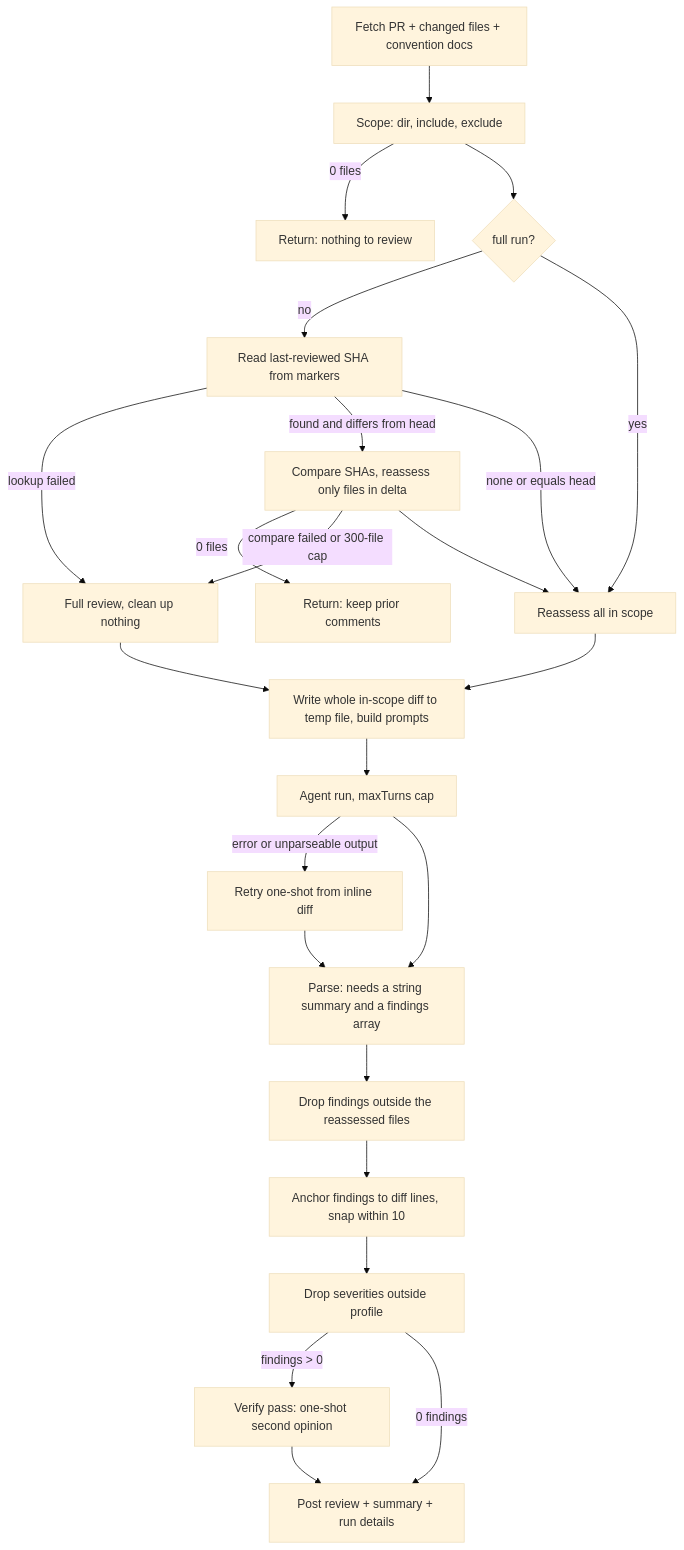
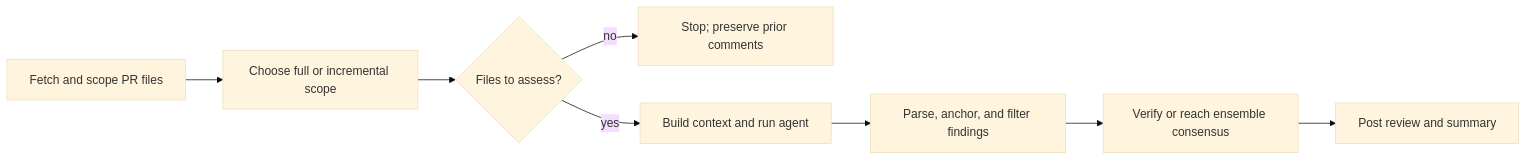
One commit to anish-inf/loupe changed the diagram in docs/how-it-works/review-run.md. Above: the diagram before and after it, drawn with Mermaid (base theme). The commit also changed other lines of this file and 6 other files, not shown here.

First line of the commit message:
docs: update Mermaid diagrams (#28)

````diff
--- a/docs/how-it-works/review-run.md
+++ b/docs/how-it-works/review-run.md
@@ -8,26 +8,10 @@
 ```mermaid
-flowchart TD
-    A[Fetch PR + changed files + convention docs] --> B[Scope: dir, include, exclude]
-    B -->|0 files| Z1[Return: nothing to review]
-    B --> C{full run?}
-    C -->|no| D[Read last-reviewed SHA from markers]
-    D -->|lookup failed| U[Full review, clean up nothing]
-    D -->|found and differs from head| E[Compare SHAs, reassess only files in delta]
-    E -->|0 files| Z2[Return: keep prior comments]
-    E -->|compare failed or 300-file cap| U
-    D -->|none or equals head| F
-    C -->|yes| F[Reassess all in scope]
-    E --> F
-    U --> G
-    F --> G[Write whole in-scope diff to temp file, build prompts]
-    G --> H[Agent run, maxTurns cap]
-    H -->|error or unparseable output| H2[Retry one-shot from inline diff]
-    H --> I[Parse: needs a string summary and a findings array]
-    H2 --> I
-    I --> I2[Drop findings outside the reassessed files]
-    I2 --> J[Anchor findings to diff lines, snap within 10]
-    J --> K[Drop severities outside profile]
-    K -->|findings > 0| L[Verify pass: one-shot second opinion]
-    K -->|0 findings| M
-    L --> M[Post review + summary + run details]
+flowchart LR
+    A[Fetch and scope PR files] --> B[Choose full or incremental scope]
+    B --> C{Files to assess?}
+    C -->|no| X[Stop; preserve prior comments]
+    C -->|yes| D[Build context and run agent]
+    D --> E[Parse, anchor, and filter findings]
+    E --> F[Verify or reach ensemble consensus]
+    F --> G[Post review and summary]
 ```
````
